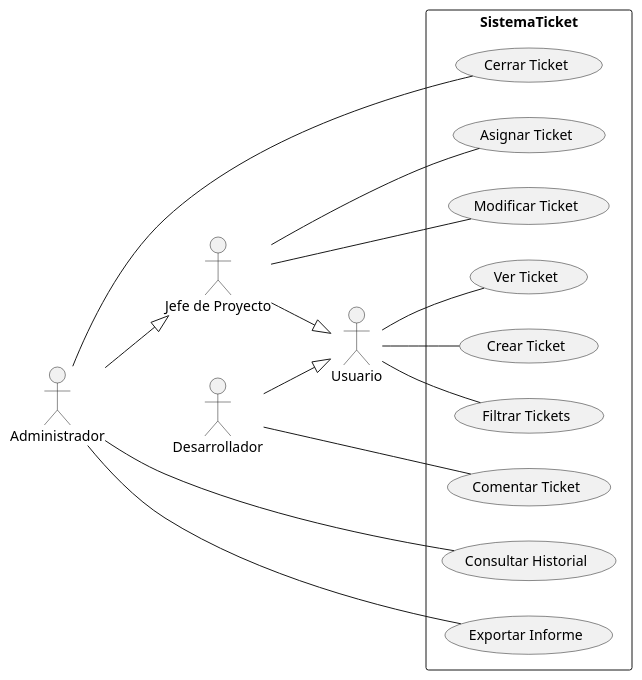
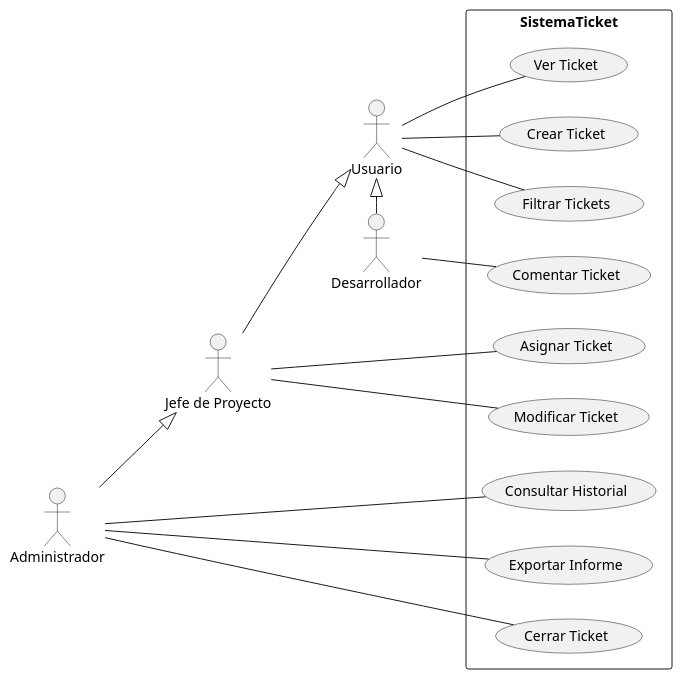
Before and after one commit to mmasias/23-24-IdSw1-SDR: the diagram in modelosUML/CasosDeUsos/CDU SistemaTicket.puml, drawn with PlantUML. The commit also changed 2 other files, not shown here.

Commit message:
fix: Correccion de diagramas e imagenes

```diff
--- a/modelosUML/CasosDeUsos/CDU SistemaTicket.puml
+++ b/modelosUML/CasosDeUsos/CDU SistemaTicket.puml
@@ -1,25 +1,24 @@
 @startuml
 
 left to right direction
 
 actor Usuario as Usuario
 actor "Jefe de Proyecto" as JefeProyecto
 actor Administrador as Admin
 actor Desarrollador as Dev
 
 rectangle SistemaTicket {
-   Usuario -- (Ver Ticket)
-     Dev -- (Comentar Ticket)
-    Usuario -- (Crear Ticket)
-     Usuario -- (Filtrar Tickets)
-     JefeProyecto -- (Asignar Ticket)
-     JefeProyecto -- (Modificar Ticket)
-    Admin -- (Consultar Historial)
-     Admin -- (Exportar Informe)
-    Admin -- (Cerrar Ticket)
-Dev --|> Usuario
+Usuario -- (Ver Ticket)
+Dev -- (Comentar Ticket)
+Usuario -- (Crear Ticket)
+Usuario -- (Filtrar Tickets)
+JefeProyecto -- (Asignar Ticket)
+JefeProyecto -- (Modificar Ticket)
+Admin -- (Consultar Historial)
+Admin -- (Exportar Informe)
+Admin -- (Cerrar Ticket)
+Dev -l-|> Usuario
 JefeProyecto --|> Usuario
 Admin --|> JefeProyecto
 }
-
 @enduml
```
